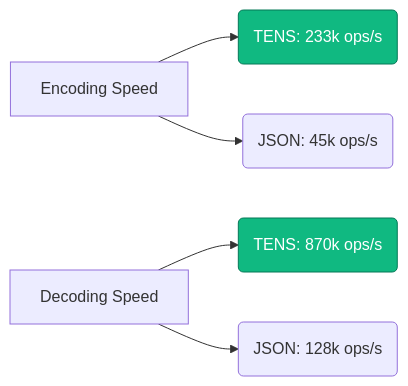
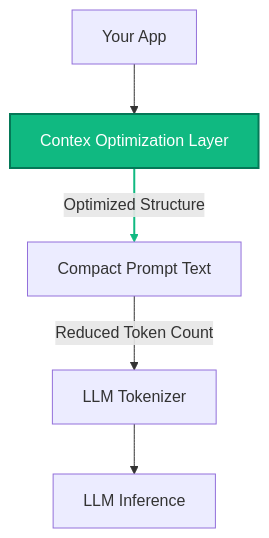
One commit to Kshitijpalsinghtomar/contex changed the diagram in docs/benchmarks.md. Above: the diagram before and after it, drawn with Mermaid. The commit also changed other lines of this file and 11 other files, not shown here.

````diff
--- a/docs/benchmarks.md
+++ b/docs/benchmarks.md
@@ -44,13 +133,11 @@
 ```mermaid
-graph LR
-    A[Encoding Speed]
-    A --> B(TENS: 233k ops/s)
-    A --> C(JSON: 45k ops/s)
+graph TD
+    App[Your App] --> Compiler[Contex Optimization Layer]
+    style Compiler fill:#10b981,stroke:#047857,color:#fff,stroke-width:2px
     
-    D[Decoding Speed]
-    D --> E(TENS: 870k ops/s)
-    D --> F(JSON: 128k ops/s)
-    
-    style B fill:#10b981,stroke:#047857,color:#fff
-    style E fill:#10b981,stroke:#047857,color:#fff
+    Compiler -->|Optimized Structure| Prompt[Compact Prompt Text]
+    Prompt -->|Reduced Token Count| Tokenizer[LLM Tokenizer]
+    Tokenizer --> Inference[LLM Inference]
+
+    linkStyle 1 stroke:#10b981,stroke-width:2px;
 ```
````
